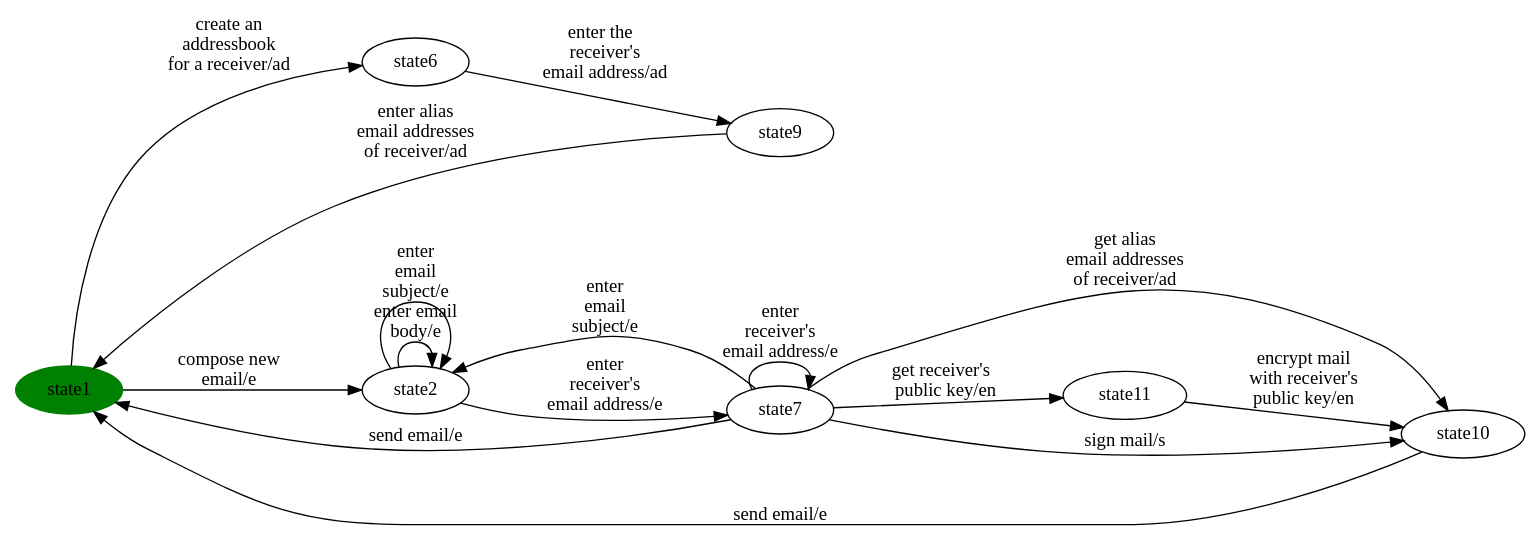
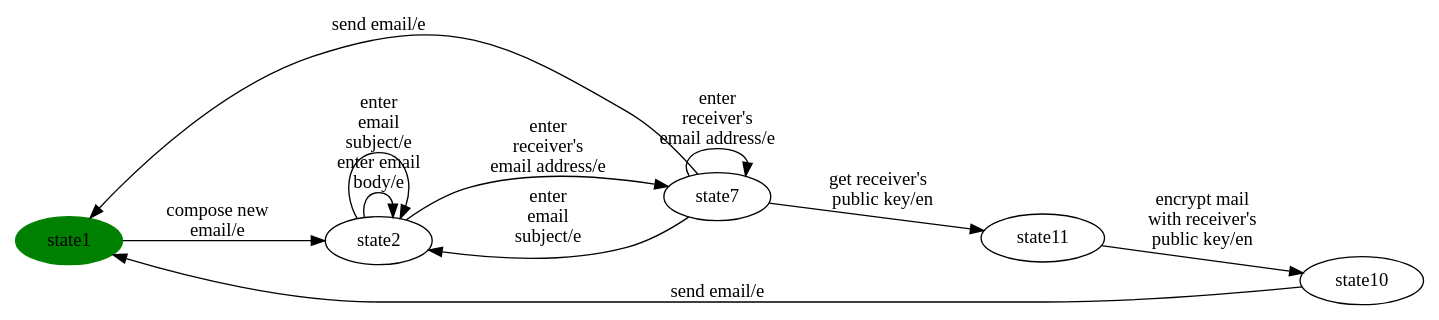
Before and after one commit to dilekozturk93/vibes: the diagram in automode-reports/per-product/eMail/eMail-product11.dot, drawn with Graphviz. The commit also changed 43 other files, not shown here.

```diff
--- a/automode-reports/per-product/eMail/eMail-product11.dot
+++ b/automode-reports/per-product/eMail/eMail-product11.dot
@@ -1,46 +1,31 @@
 digraph G {
 rankdir=LR;
 state0[ label = "state1", style=filled, color=green ];
-state1 [ label = "state9" ];
-state1 -> state0 [ label=" enter alias 
-email addresses 
-of receiver/ad " ];
-state2 [ label = "state6" ];
-state2 -> state1 [ label=" enter the  
-receiver's 
-email address/ad " ];
-state3 [ label = "state11" ];
-state3 -> state4 [ label=" encrypt mail 
+state1 [ label = "state11" ];
+state1 -> state2 [ label=" encrypt mail 
 with receiver's 
 public key/en " ];
-state4 [ label = "state10" ];
-state4 -> state0 [ label=" send email/e " ];
-state5 [ label = "state7" ];
-state5 -> state0 [ label=" send email/e " ];
-state5 -> state3 [ label=" get receiver's  
+state3 [ label = "state7" ];
+state3 -> state0 [ label=" send email/e " ];
+state3 -> state1 [ label=" get receiver's  
 public key/en " ];
-state5 -> state4 [ label=" sign mail/s " ];
-state5 -> state4 [ label=" get alias 
-email addresses 
-of receiver/ad " ];
-state5 -> state6 [ label=" enter
+state3 -> state4 [ label=" enter
  email 
 subject/e " ];
-state5 -> state5 [ label=" enter 
+state3 -> state3 [ label=" enter 
 receiver's 
 email address/e " ];
-state6 [ label = "state2" ];
-state6 -> state5 [ label=" enter 
+state2 [ label = "state10" ];
+state2 -> state0 [ label=" send email/e " ];
+state4 [ label = "state2" ];
+state4 -> state4 [ label=" enter email 
+body/e " ];
+state4 -> state4 [ label=" enter
+ email 
+subject/e " ];
+state4 -> state3 [ label=" enter 
 receiver's 
 email address/e " ];
-state6 -> state6 [ label=" enter email 
-body/e " ];
-state6 -> state6 [ label=" enter
- email 
-subject/e " ];
-state0 -> state2 [ label=" create an 
-addressbook 
-for a receiver/ad " ];
-state0 -> state6 [ label=" compose new 
+state0 -> state4 [ label=" compose new 
 email/e " ];
 }
```
